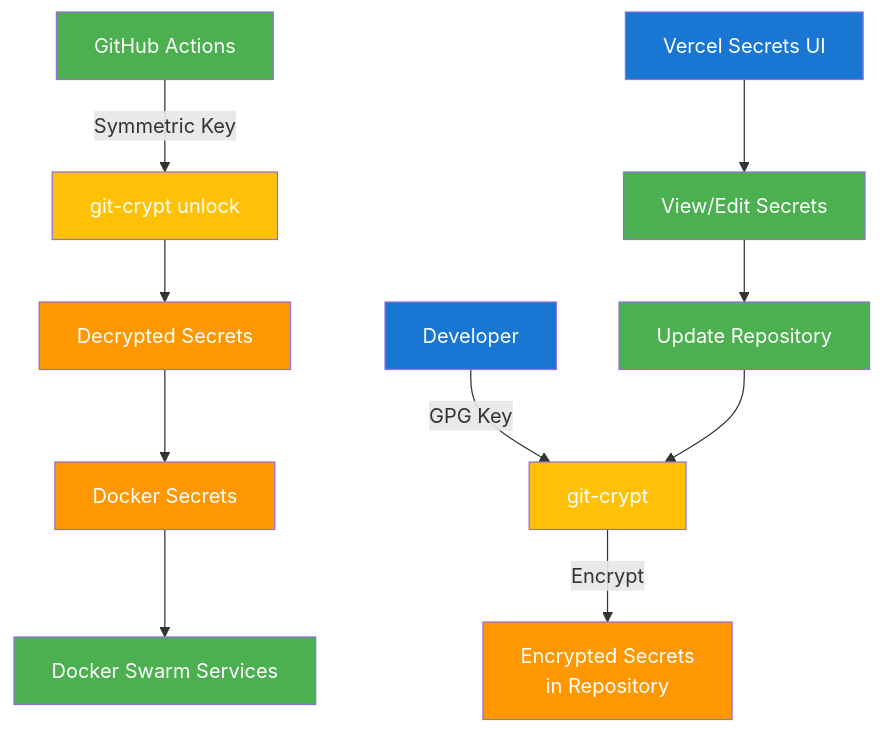
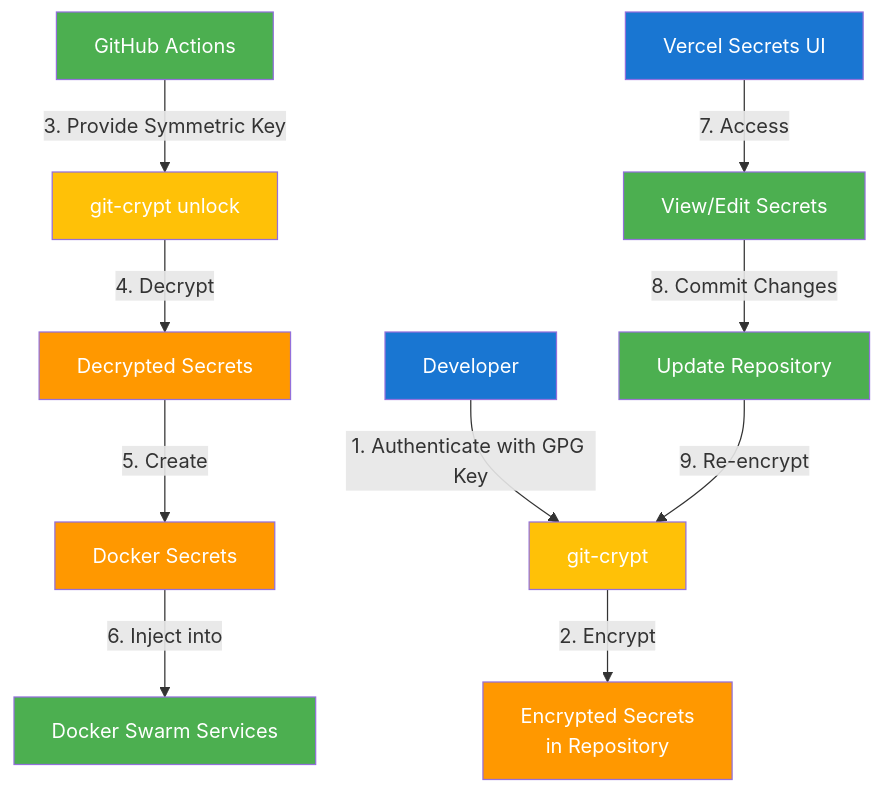
The fifth of 7 diagrams in documentation/infrastructure-diagrams.md (deepbrainspace/deepbrain-stack), drawn with Mermaid before and after one commit. The commit also changed other lines of this file, not shown here.

````diff
--- a/documentation/infrastructure-diagrams.md
+++ b/documentation/infrastructure-diagrams.md
@@ -240,25 +240,25 @@
 ```mermaid
 flowchart TD
-    A["Developer"] -->|GPG Key| B["git-crypt"]
-    B -->|Encrypt| C["Encrypted Secrets\nin Repository"]
+    A["Developer"] -->|1. Authenticate with GPG Key| B["git-crypt"]
+    B -->|2. Encrypt| C["Encrypted Secrets\nin Repository"]
     
-    D["GitHub Actions"] -->|Symmetric Key| E["git-crypt unlock"]
-    E --> F["Decrypted Secrets"]
+    D["GitHub Actions"] -->|3. Provide Symmetric Key| E["git-crypt unlock"]
+    E --> |4. Decrypt| F["Decrypted Secrets"]
     
-    F --> G["Docker Secrets"]
-    G --> H["Docker Swarm Services"]
+    F --> |5. Create| G["Docker Secrets"]
+    G --> |6. Inject into| H["Docker Swarm Services"]
     
-    I["Vercel Secrets UI"] --> J["View/Edit Secrets"]
-    J --> K["Update Repository"]
-    K --> B
+    I["Vercel Secrets UI"] --> |7. Access| J["View/Edit Secrets"]
+    J --> |8. Commit Changes| K["Update Repository"]
+    K --> |9. Re-encrypt| B
     
     classDef user fill:#1976D2,color:white;
     classDef crypto fill:#FFC107,color:white;
     classDef storage fill:#FF9800,color:white;
     classDef service fill:#4CAF50,color:white;
     
     class A,I user;
     class B,E crypto;
     class C,F,G storage;
     class D,H,J,K service;
 ```
````
